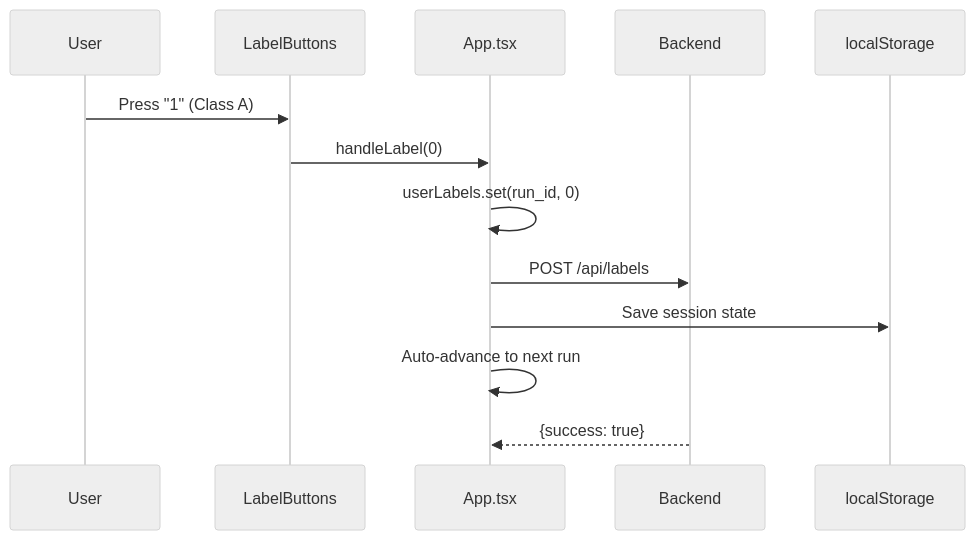
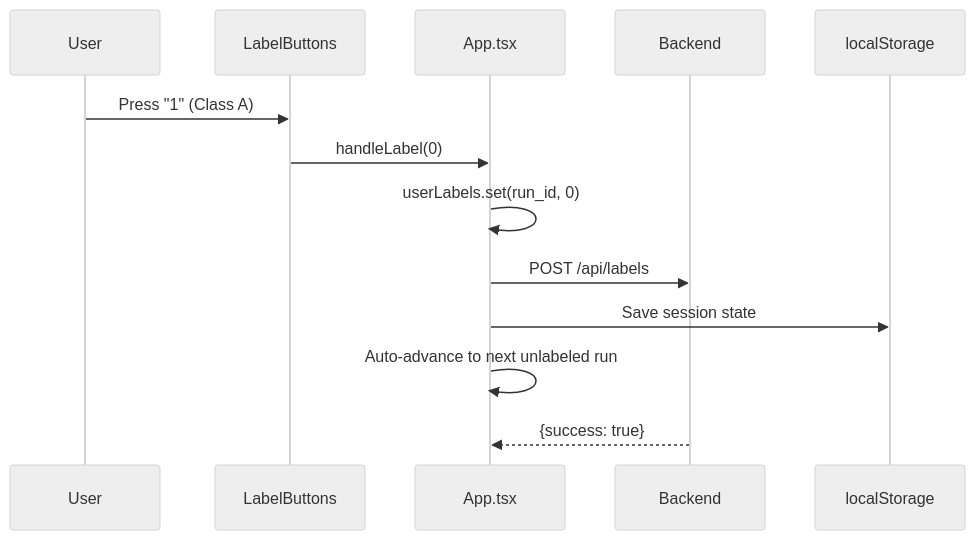
Before and after one commit to JohnYanez95/signal-labeler: the third of 3 diagrams in frontend/README.md, drawn with Mermaid (neutral theme). The commit also changed other lines of this file and 1 other file, not shown here.

````diff
--- a/frontend/README.md
+++ b/frontend/README.md
@@ -71,16 +71,16 @@
 ```mermaid
 sequenceDiagram
     participant U as User
     participant LB as LabelButtons
     participant App as App.tsx
     participant API as Backend
     participant LS as localStorage
 
     U->>LB: Press "1" (Class A)
     LB->>App: handleLabel(0)
     App->>App: userLabels.set(run_id, 0)
     App->>API: POST /api/labels
     App->>LS: Save session state
-    App->>App: Auto-advance to next run
+    App->>App: Auto-advance to next unlabeled run
     API-->>App: {success: true}
 ```
````
